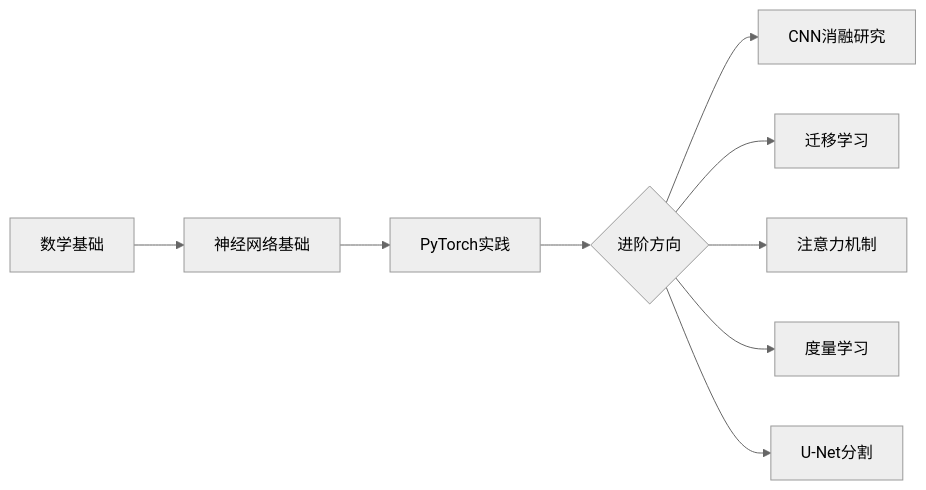
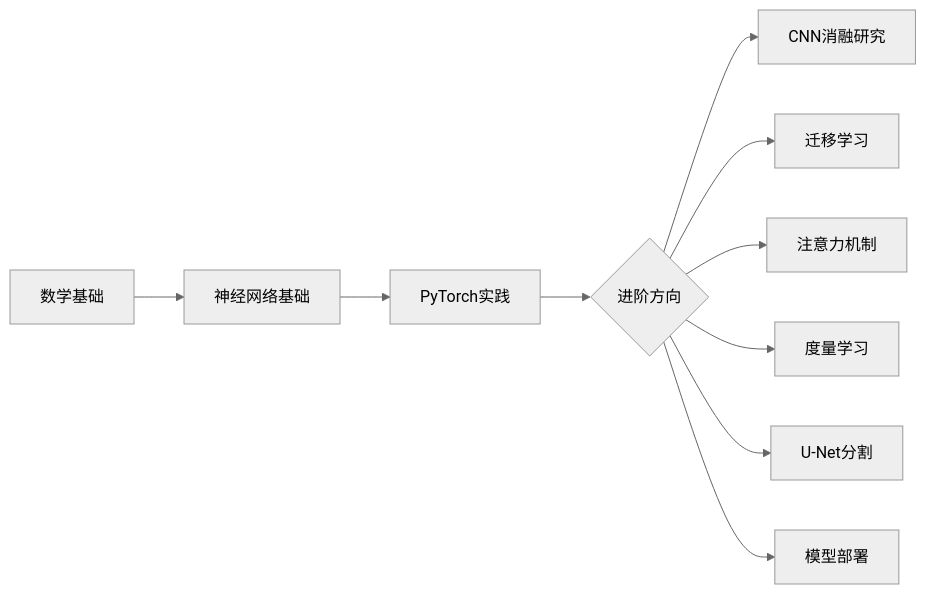
Before and after one commit to ulink-deep-learning-club/ulink-deeplearningclub-handouts: the diagram in source/index.md, drawn with Mermaid (neutral theme). The commit also changed other lines of this file and 6 other files, not shown here.

````diff
--- a/source/index.md
+++ b/source/index.md
@@ -26,11 +28,12 @@
 ```{mermaid}
 graph LR
     A[数学基础] --> B[神经网络基础]
     B --> C[PyTorch实践]
     C --> D{进阶方向}
     D --> E[CNN消融研究]
     D --> F[迁移学习]
     D --> G[注意力机制]
     D --> H[度量学习]
     D --> I[U-Net分割]
+    D --> J[模型部署]
 ```
````
